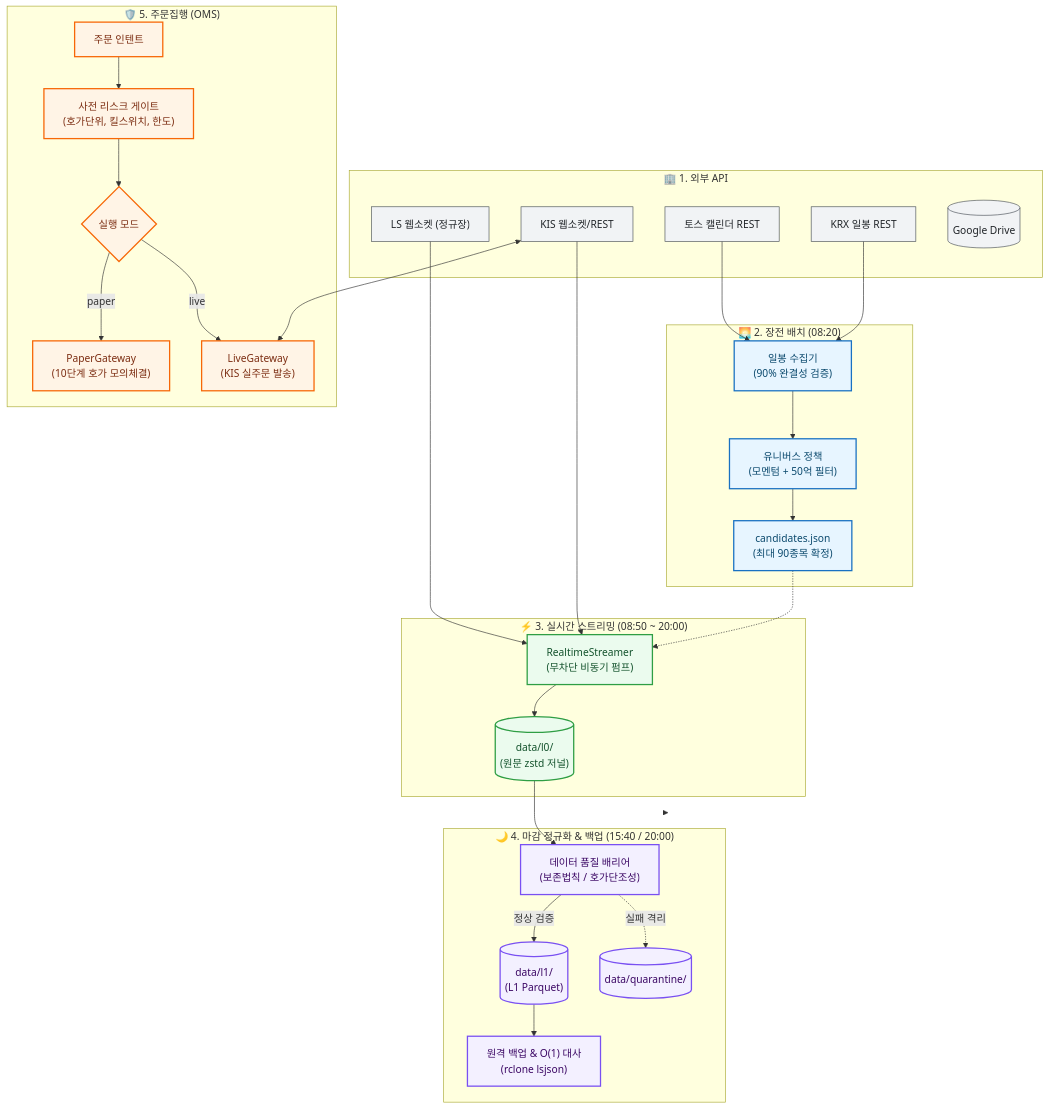
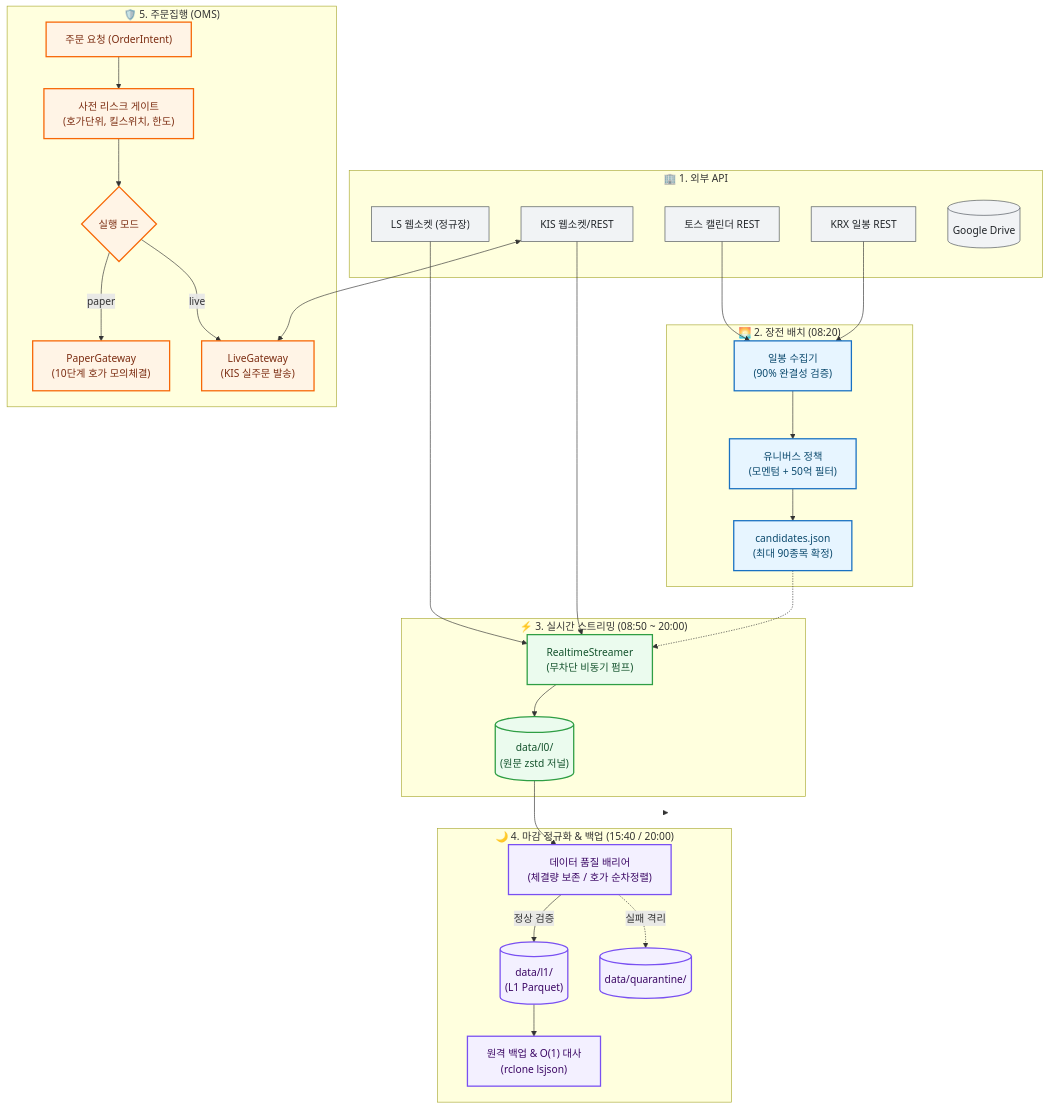
The diagram in README.md (KTHYEONG/krx-alpha), drawn with Mermaid before and after one commit. The commit also changed other lines of this file and 2 other files, not shown here.

````diff
--- a/README.md
+++ b/README.md
@@ -51,47 +51,47 @@
 ```mermaid
 flowchart TD
     classDef vendor fill:#f1f3f5,stroke:#495057,stroke-width:1px,color:#212529;
     classDef premarket fill:#e7f5ff,stroke:#1971c2,stroke-width:2px,color:#0c4a6e;
     classDef intraday fill:#ebfbee,stroke:#2f9e44,stroke-width:2px,color:#14532d;
     classDef eod fill:#f3f0ff,stroke:#7950f2,stroke-width:2px,color:#3b0764;
     classDef exec fill:#fff4e6,stroke:#f76707,stroke-width:2px,color:#7c2d12;
 
     subgraph Vendors ["🏢 1. 외부 API"]
         KRX["KRX 일봉 REST"]:::vendor
         TOSS["토스 캘린더 REST"]:::vendor
         LS["LS 웹소켓 (정규장)"]:::vendor
         KIS["KIS 웹소켓/REST"]:::vendor
         GDRIVE[("Google Drive")]:::vendor
     end
 
     subgraph PreMarket ["🌅 2. 장전 배치 (08:20)"]
         TOSS --> BarRefresh["일봉 수집기<br/>(90% 완결성 검증)"]:::premarket
         KRX --> BarRefresh
         BarRefresh --> UniversePlan["유니버스 정책<br/>(모멘텀 + 50억 필터)"]:::premarket
         UniversePlan --> CandIPC["candidates.json<br/>(최대 90종목 확정)"]:::premarket
     end
 
     subgraph MarketHours ["⚡ 3. 실시간 스트리밍 (08:50 ~ 20:00)"]
         StreamerLoop["RealtimeStreamer<br/>(무차단 비동기 펌프)"]:::intraday
         LS & KIS --> StreamerLoop
         StreamerLoop --> L0Journal[("data/l0/<br/>(원문 zstd 저널)")]:::intraday
     end
 
     subgraph EOD ["🌙 4. 마감 정규화 & 백업 (15:40 / 20:00)"]
-        L0Journal --> DQBarrier["데이터 품질 배리어<br/>(보존법칙 / 호가단조성)"]:::eod
+        L0Journal --> DQBarrier["데이터 품질 배리어<br/>(체결량 보존 / 호가 순차정렬)"]:::eod
         DQBarrier -->|정상 검증| L1Parquet[("data/l1/<br/>(L1 Parquet)")]:::eod
         DQBarrier -.->|실패 격리| Quarantine[("data/quarantine/")]:::eod
         L1Parquet --> RcloneSync["원격 백업 & O(1) 대사<br/>(rclone lsjson)"]:::eod
     end
 
     subgraph Execution ["🛡️ 5. 주문집행 (OMS)"]
-        OrderIntent["주문 인텐트"]:::exec --> RiskGate["사전 리스크 게이트<br/>(호가단위, 킬스위치, 한도)"]:::exec
+        OrderIntent["주문 요청 (OrderIntent)"]:::exec --> RiskGate["사전 리스크 게이트<br/>(호가단위, 킬스위치, 한도)"]:::exec
         RiskGate --> GateSplit{"실행 모드"}:::exec
         GateSplit -->|paper| PaperGate["PaperGateway<br/>(10단계 호가 모의체결)"]:::exec
         GateSplit -->|live| LiveGate["LiveGateway<br/>(KIS 실주문 발송)"]:::exec
         KIS <--> LiveGate
     end
 
     CandIPC -.-> StreamerLoop
     MarketHours -.-> EOD
 ```
````
